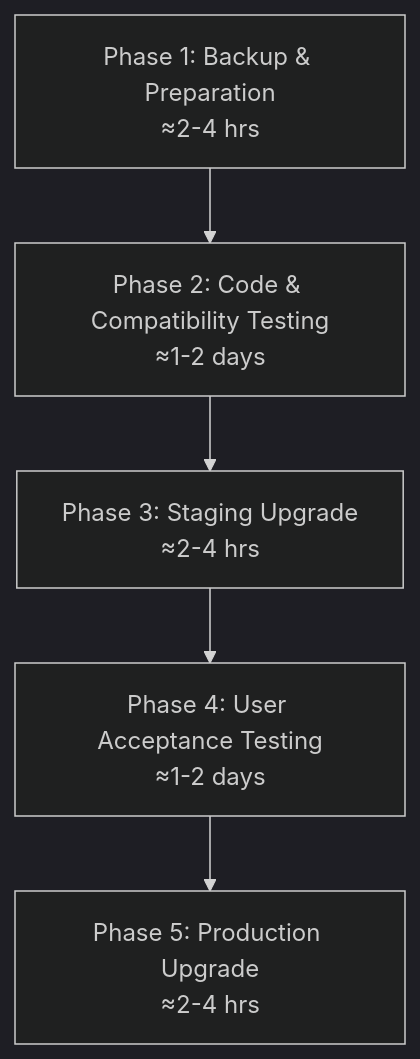
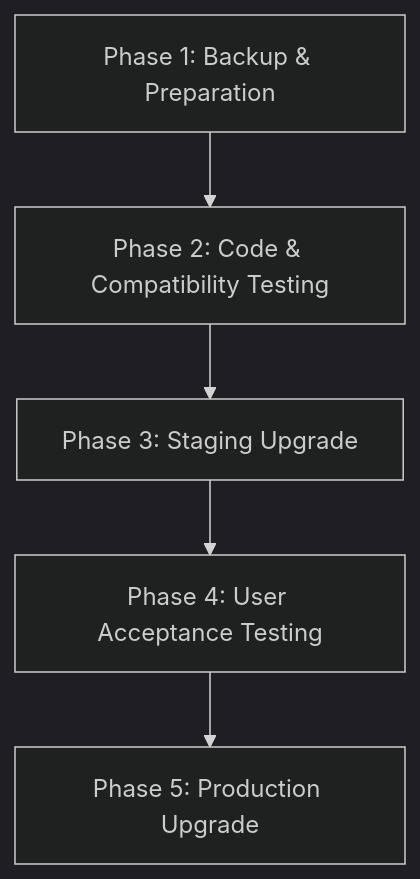
One commit to zenml-io/zenml changed the diagram in docs/book/how-to/manage-zenml-server/best-practices-upgrading-zenml.md. Above: the diagram before and after it, drawn with Mermaid (dark theme). The commit also changed other lines of this file, not shown here.

````diff
--- a/docs/book/how-to/manage-zenml-server/best-practices-upgrading-zenml.md
+++ b/docs/book/how-to/manage-zenml-server/best-practices-upgrading-zenml.md
@@ -23,7 +23,7 @@
 ```mermaid
 flowchart TD
-    A[Phase 1: Backup & Preparation\n≈2-4 hrs] --> B[Phase 2: Code & Compatibility Testing\n≈1-2 days]
-    B --> C[Phase 3: Staging Upgrade\n≈2-4 hrs]
-    C --> D[Phase 4: User Acceptance Testing\n≈1-2 days]
-    D --> E[Phase 5: Production Upgrade\n≈2-4 hrs]
+    A[Phase 1: Backup & Preparation] --> B[Phase 2: Code & Compatibility Testing]
+    B --> C[Phase 3: Staging Upgrade]
+    C --> D[Phase 4: User Acceptance Testing]
+    D --> E[Phase 5: Production Upgrade]
 ```
````
